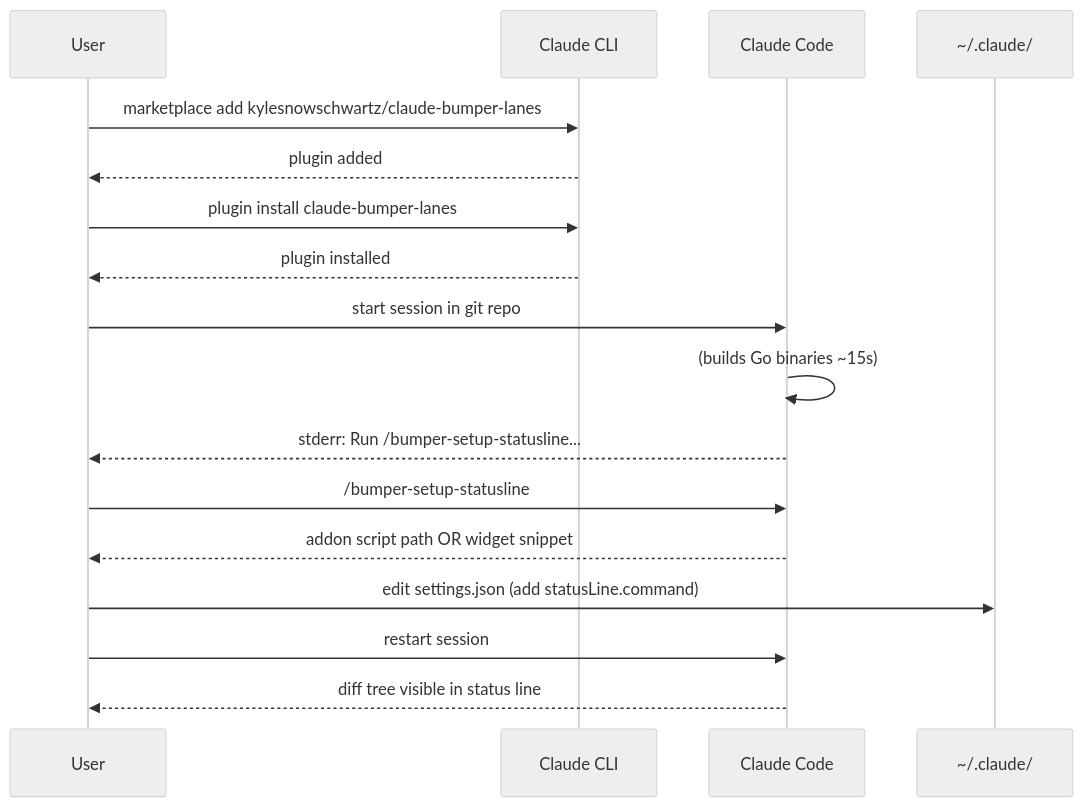
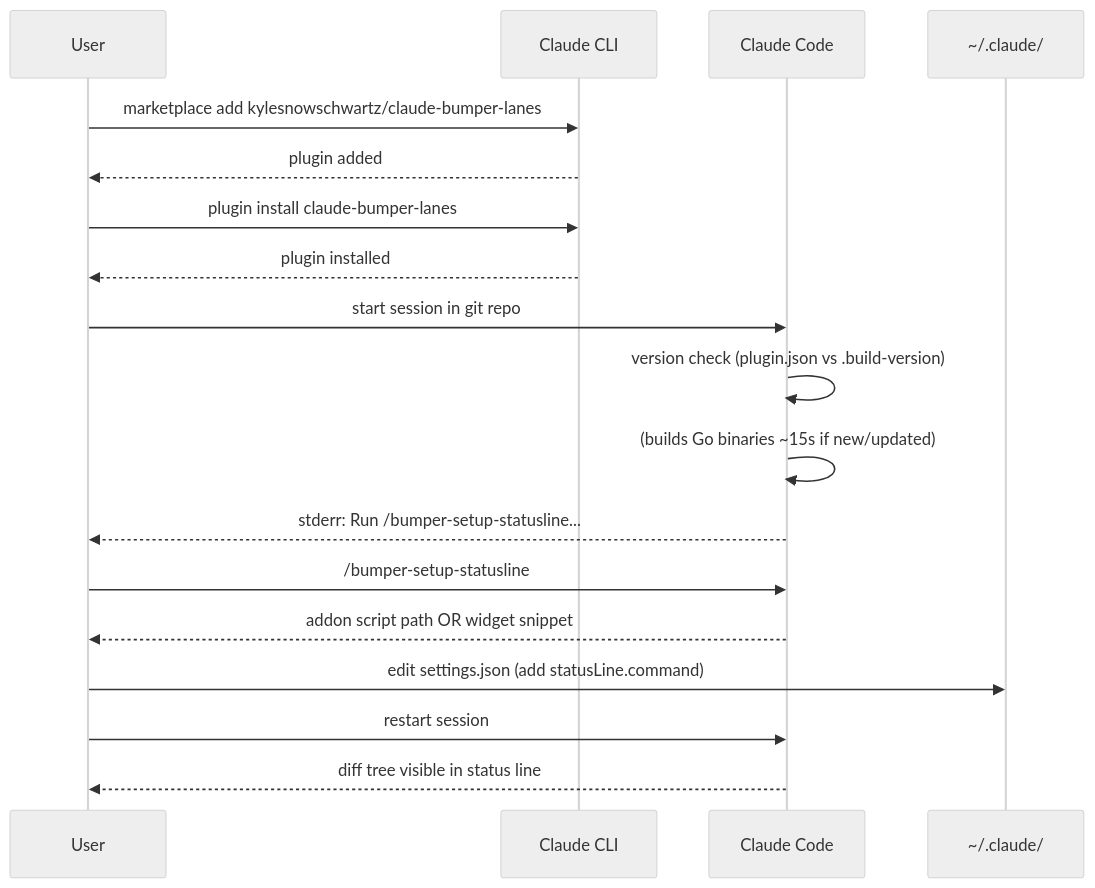
One commit to kylesnowschwartz/claude-bumper-lanes changed the diagram in docs/onboarding-sequence.mmd. Above: the diagram before and after it, drawn with Mermaid (neutral theme). The commit also changed 4 other files, not shown here.

First line of the commit message:
feat: auto-rebuild binaries on plugin update via version sentinel

```diff
--- a/docs/onboarding-sequence.mmd
+++ b/docs/onboarding-sequence.mmd
@@ -1,45 +1,46 @@
 %% Onboarding Flow: Plugin install → working status line
 %% Render: cat onboarding-sequence.mmd | mermaid-ascii -f -
 %% Focus: User-facing steps only (internal details omitted)
 
 sequenceDiagram
     participant User
     participant CLI as Claude CLI
     participant CC as Claude Code
     participant FS as ~/.claude/
 
     %% Phase 1: Plugin Installation (two commands)
     User->>CLI: marketplace add kylesnowschwartz/claude-bumper-lanes
     CLI-->>User: plugin added
 
     User->>CLI: plugin install claude-bumper-lanes
     CLI-->>User: plugin installed
 
-    %% Phase 2: First Session (one-time setup)
+    %% Phase 2: First Session (builds binaries)
     User->>CC: start session in git repo
-    CC->>CC: (builds Go binaries ~15s)
+    CC->>CC: version check (plugin.json vs .build-version)
+    CC->>CC: (builds Go binaries ~15s if new/updated)
     CC-->>User: stderr: Run /bumper-setup-statusline...
 
     %% Phase 3: Status Line Setup
     User->>CC: /bumper-setup-statusline
     CC-->>User: addon script path OR widget snippet
 
     %% Phase 4: Manual Configuration
     User->>FS: edit settings.json (add statusLine.command)
     User->>CC: restart session
     CC-->>User: diff tree visible in status line
 
 %% ============================================================
 %% VALIDATION REFERENCES
 %% ============================================================
 %% - Plugin install: README.md:24-27
-%% - Binary build: scripts/ensure-binaries.sh:9-31
+%% - Version sentinel: scripts/ensure-binaries.sh (compares plugin.json vs bin/.build-version)
 %% - Setup prompt: internal/hooks/session_start.go:44-48
 %% - Setup command: internal/hooks/prompt_handler.go:306-342
 %%
 %% PAIN POINTS (5 friction sources)
 %% 1. Two CLI commands required (marketplace add + install)
 %% 2. 10-15s compile delay on first session start
 %% 3. One-time stderr prompt easy to miss in output noise
 %% 4. Manual JSON editing required for status line
 %% 5. Session restart required to see diff tree
```
